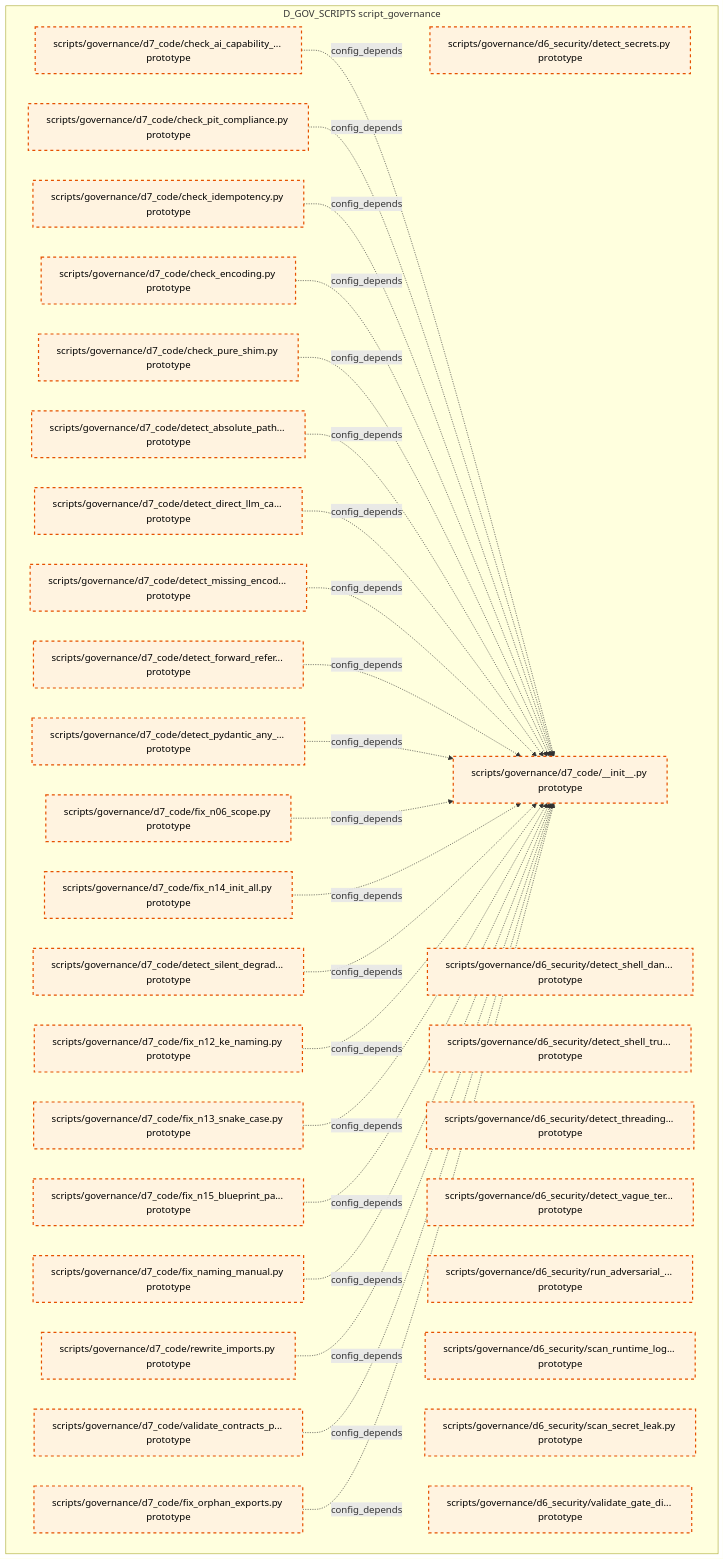
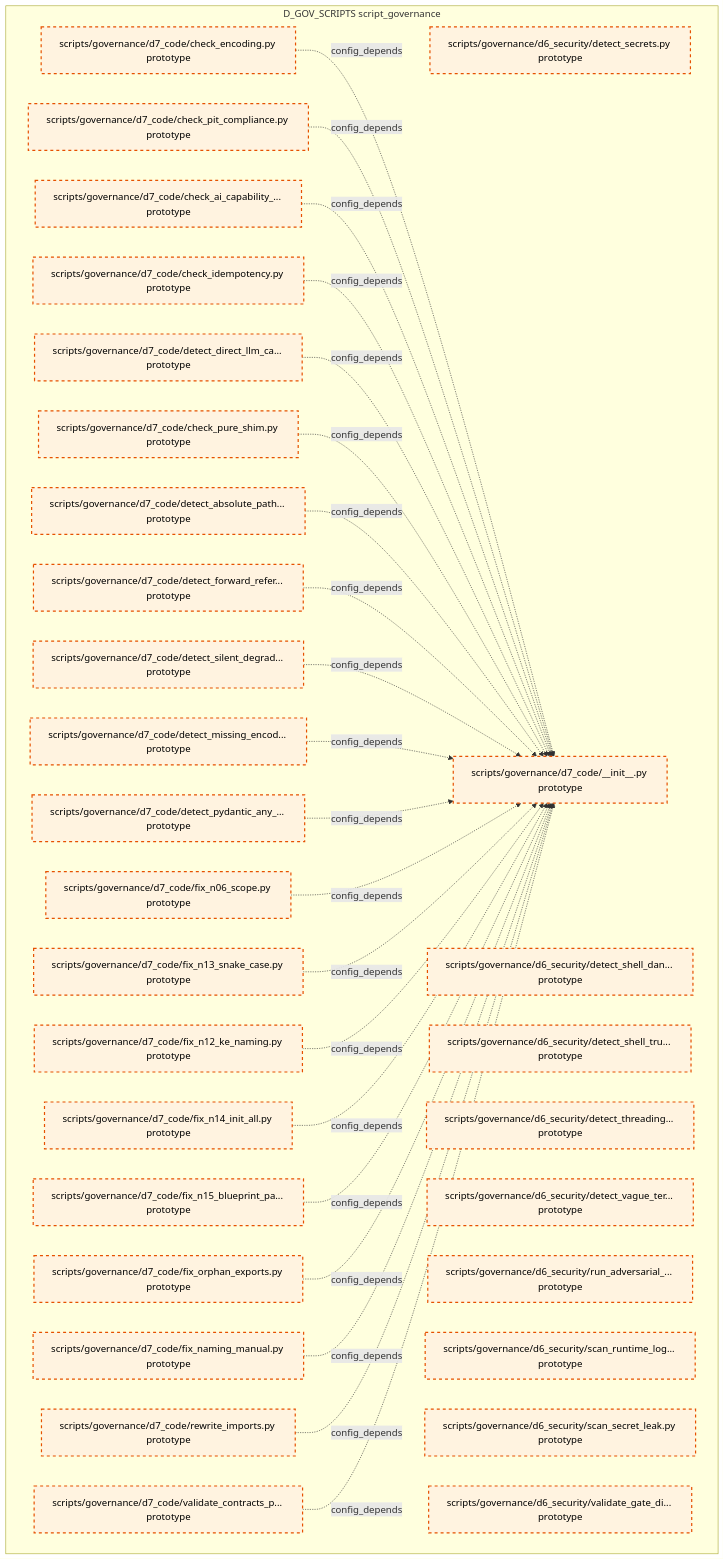
One commit to xuanFelixVan/ZephyrAlpha changed the tenth of 15 diagrams in docs/02_enterprise_architecture/02_domain_architecture_docs/36_d_gov_scripts.md. Above: the diagram before and after it, drawn with Mermaid. The commit also changed other lines of this file and 100 other files, not shown here.

````diff
--- a/docs/02_enterprise_architecture/02_domain_architecture_docs/36_d_gov_scripts.md
+++ b/docs/02_enterprise_architecture/02_domain_architecture_docs/36_d_gov_scripts.md
@@ -685,60 +686,60 @@
 ```mermaid
 graph TD
     subgraph D_GOV_SCRIPTS["D_GOV_SCRIPTS script_governance"]
         scripts_governance_d6_security_detect_secrets_py["scripts/governance/d6_security/detect_secrets.py prototype"]
         scripts_governance_d6_security_detect_shell_dangerous_py["scripts/governance/d6_security/detect_shell_dan... prototype"]
         scripts_governance_d6_security_detect_shell_true_py["scripts/governance/d6_security/detect_shell_tru... prototype"]
         scripts_governance_d6_security_detect_threading_lock_py["scripts/governance/d6_security/detect_threading... prototype"]
         scripts_governance_d6_security_detect_vague_terms_py["scripts/governance/d6_security/detect_vague_ter... prototype"]
         scripts_governance_d6_security_run_adversarial_checks_py["scripts/governance/d6_security/run_adversarial_... prototype"]
         scripts_governance_d6_security_scan_runtime_log_secrets_py["scripts/governance/d6_security/scan_runtime_log... prototype"]
         scripts_governance_d6_security_scan_secret_leak_py["scripts/governance/d6_security/scan_secret_leak.py prototype"]
         scripts_governance_d6_security_validate_gate_discipline_py["scripts/governance/d6_security/validate_gate_di... prototype"]
         scripts_governance_d7_code_init_py["scripts/governance/d7_code/__init__.py prototype"]
         scripts_governance_d7_code_check_ai_capability_boundary_py["scripts/governance/d7_code/check_ai_capability_... prototype"]
         scripts_governance_d7_code_check_encoding_py["scripts/governance/d7_code/check_encoding.py prototype"]
         scripts_governance_d7_code_check_idempotency_py["scripts/governance/d7_code/check_idempotency.py prototype"]
         scripts_governance_d7_code_check_pit_compliance_py["scripts/governance/d7_code/check_pit_compliance.py prototype"]
         scripts_governance_d7_code_check_pure_shim_py["scripts/governance/d7_code/check_pure_shim.py prototype"]
         scripts_governance_d7_code_detect_absolute_path_hardcoding_py["scripts/governance/d7_code/detect_absolute_path... prototype"]
         scripts_governance_d7_code_detect_direct_llm_calls_py["scripts/governance/d7_code/detect_direct_llm_ca... prototype"]
         scripts_governance_d7_code_detect_forward_reference_py["scripts/governance/d7_code/detect_forward_refer... prototype"]
         scripts_governance_d7_code_detect_missing_encoding_py["scripts/governance/d7_code/detect_missing_encod... prototype"]
         scripts_governance_d7_code_detect_pydantic_any_fields_py["scripts/governance/d7_code/detect_pydantic_any_... prototype"]
         scripts_governance_d7_code_detect_silent_degradation_py["scripts/governance/d7_code/detect_silent_degrad... prototype"]
         scripts_governance_d7_code_fix_n06_scope_py["scripts/governance/d7_code/fix_n06_scope.py prototype"]
         scripts_governance_d7_code_fix_n12_ke_naming_py["scripts/governance/d7_code/fix_n12_ke_naming.py prototype"]
         scripts_governance_d7_code_fix_n13_snake_case_py["scripts/governance/d7_code/fix_n13_snake_case.py prototype"]
         scripts_governance_d7_code_fix_n14_init_all_py["scripts/governance/d7_code/fix_n14_init_all.py prototype"]
         scripts_governance_d7_code_fix_n15_blueprint_path_py["scripts/governance/d7_code/fix_n15_blueprint_pa... prototype"]
         scripts_governance_d7_code_fix_naming_manual_py["scripts/governance/d7_code/fix_naming_manual.py prototype"]
         scripts_governance_d7_code_fix_orphan_exports_py["scripts/governance/d7_code/fix_orphan_exports.py prototype"]
         scripts_governance_d7_code_rewrite_imports_py["scripts/governance/d7_code/rewrite_imports.py prototype"]
         scripts_governance_d7_code_validate_contracts_purity_py["scripts/governance/d7_code/validate_contracts_p... prototype"]
     end
+    scripts_governance_d7_code_check_encoding_py -.->|config_depends| scripts_governance_d7_code_init_py
+    scripts_governance_d7_code_check_pit_compliance_py -.->|config_depends| scripts_governance_d7_code_init_py
     scripts_governance_d7_code_check_ai_capability_boundary_py -.->|config_depends| scripts_governance_d7_code_init_py
-    scripts_governance_d7_code_check_pit_compliance_py -.->|config_depends| scripts_governance_d7_code_init_py
     scripts_governance_d7_code_check_idempotency_py -.->|config_depends| scripts_governance_d7_code_init_py
-    scripts_governance_d7_code_check_encoding_py -.->|config_depends| scripts_governance_d7_code_init_py
+    scripts_governance_d7_code_detect_direct_llm_calls_py -.->|config_depends| scripts_governance_d7_code_init_py
     scripts_governance_d7_code_check_pure_shim_py -.->|config_depends| scripts_governance_d7_code_init_py
     scripts_governance_d7_code_detect_absolute_path_hardcoding_py -.->|config_depends| scripts_governance_d7_code_init_py
-    scripts_governance_d7_code_detect_direct_llm_calls_py -.->|config_depends| scripts_governance_d7_code_init_py
+    scripts_governance_d7_code_detect_forward_reference_py -.->|config_depends| scripts_governance_d7_code_init_py
+    scripts_governance_d7_code_detect_silent_degradation_py -.->|config_depends| scripts_governance_d7_code_init_py
     scripts_governance_d7_code_detect_missing_encoding_py -.->|config_depends| scripts_governance_d7_code_init_py
-    scripts_governance_d7_code_detect_forward_reference_py -.->|config_depends| scripts_governance_d7_code_init_py
     scripts_governance_d7_code_detect_pydantic_any_fields_py -.->|config_depends| scripts_governance_d7_code_init_py
     scripts_governance_d7_code_fix_n06_scope_py -.->|config_depends| scripts_governance_d7_code_init_py
+    scripts_governance_d7_code_fix_n13_snake_case_py -.->|config_depends| scripts_governance_d7_code_init_py
+    scripts_governance_d7_code_fix_n12_ke_naming_py -.->|config_depends| scripts_governance_d7_code_init_py
     scripts_governance_d7_code_fix_n14_init_all_py -.->|config_depends| scripts_governance_d7_code_init_py
-    scripts_governance_d7_code_detect_silent_degradation_py -.->|config_depends| scripts_governance_d7_code_init_py
-    scripts_governance_d7_code_fix_n12_ke_naming_py -.->|config_depends| scripts_governance_d7_code_init_py
-    scripts_governance_d7_code_fix_n13_snake_case_py -.->|config_depends| scripts_governance_d7_code_init_py
     scripts_governance_d7_code_fix_n15_blueprint_path_py -.->|config_depends| scripts_governance_d7_code_init_py
+    scripts_governance_d7_code_fix_orphan_exports_py -.->|config_depends| scripts_governance_d7_code_init_py
     scripts_governance_d7_code_fix_naming_manual_py -.->|config_depends| scripts_governance_d7_code_init_py
     scripts_governance_d7_code_rewrite_imports_py -.->|config_depends| scripts_governance_d7_code_init_py
     scripts_governance_d7_code_validate_contracts_purity_py -.->|config_depends| scripts_governance_d7_code_init_py
-    scripts_governance_d7_code_fix_orphan_exports_py -.->|config_depends| scripts_governance_d7_code_init_py
     classDef production fill:#e1f5fe,stroke:#01579b,stroke-width:2px,color:#000
     classDef design fill:#fff3e0,stroke:#e65100,stroke-width:2px,color:#000,stroke-dasharray: 5 5
     classDef external_prod fill:#e8f5e9,stroke:#1b5e20,stroke-width:1px,color:#000
     classDef external_design fill:#fce4ec,stroke:#880e4f,stroke-width:1px,color:#000,stroke-dasharray: 5 5
     class scripts_governance_d6_security_detect_secrets_py,scripts_governance_d6_security_detect_shell_dangerous_py,scripts_governance_d6_security_detect_shell_true_py,scripts_governance_d6_security_detect_threading_lock_py,scripts_governance_d6_security_detect_vague_terms_py,scripts_governance_d6_security_run_adversarial_checks_py,scripts_governance_d6_security_scan_runtime_log_secrets_py,scripts_governance_d6_security_scan_secret_leak_py,scripts_governance_d6_security_validate_gate_discipline_py,scripts_governance_d7_code_init_py,scripts_governance_d7_code_check_ai_capability_boundary_py,scripts_governance_d7_code_check_encoding_py,scripts_governance_d7_code_check_idempotency_py,scripts_governance_d7_code_check_pit_compliance_py,scripts_governance_d7_code_check_pure_shim_py,scripts_governance_d7_code_detect_absolute_path_hardcoding_py,scripts_governance_d7_code_detect_direct_llm_calls_py,scripts_governance_d7_code_detect_forward_reference_py,scripts_governance_d7_code_detect_missing_encoding_py,scripts_governance_d7_code_detect_pydantic_any_fields_py,scripts_governance_d7_code_detect_silent_degradation_py,scripts_governance_d7_code_fix_n06_scope_py,scripts_governance_d7_code_fix_n12_ke_naming_py,scripts_governance_d7_code_fix_n13_snake_case_py,scripts_governance_d7_code_fix_n14_init_all_py,scripts_governance_d7_code_fix_n15_blueprint_path_py,scripts_governance_d7_code_fix_naming_manual_py,scripts_governance_d7_code_fix_orphan_exports_py,scripts_governance_d7_code_rewrite_imports_py,scripts_governance_d7_code_validate_contracts_purity_py design
 ```
````
